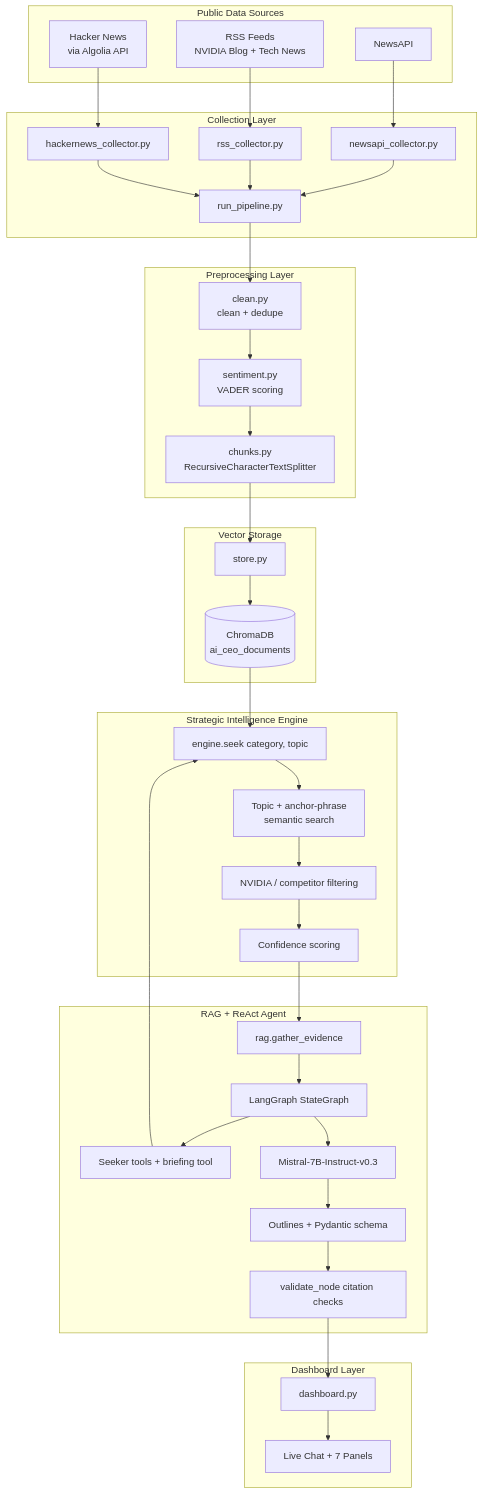
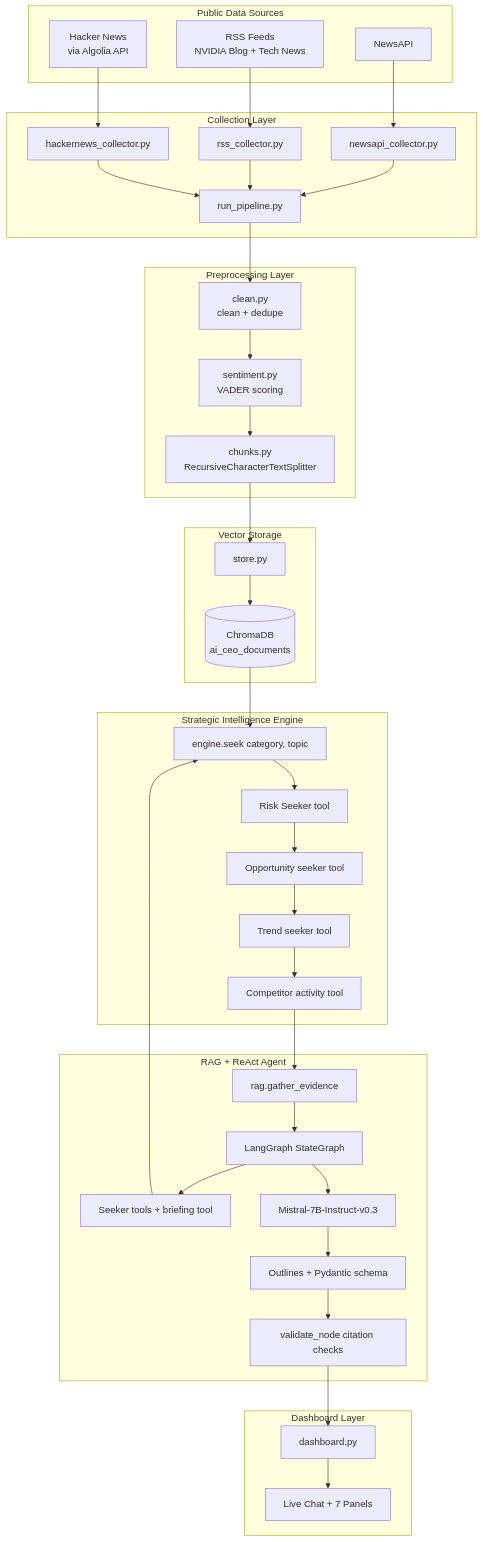
Before and after one commit to yuvrajghag5/AI-CEO: the first of 2 diagrams in .ipynb_checkpoints/README-checkpoint.md, drawn with Mermaid. The commit also changed 7 other files, not shown here.

````diff
--- a/.ipynb_checkpoints/README-checkpoint.md
+++ b/.ipynb_checkpoints/README-checkpoint.md
@@ -76,58 +76,59 @@
 ```mermaid
 flowchart TD
     subgraph S[Public Data Sources]
         S1[NewsAPI]
         S2[RSS Feeds<br/>NVIDIA Blog + Tech News]
         S3[Hacker News<br/>via Algolia API]
     end
 
     subgraph C[Collection Layer]
         C1[newsapi_collector.py]
         C2[rss_collector.py]
         C3[hackernews_collector.py]
         C4[run_pipeline.py]
     end
 
     subgraph P[Preprocessing Layer]
         P1[clean.py<br/>clean + dedupe]
         P2[sentiment.py<br/>VADER scoring]
         P3[chunks.py<br/>RecursiveCharacterTextSplitter]
     end
 
     subgraph V[Vector Storage]
         V1[store.py]
         V2[(ChromaDB<br/>ai_ceo_documents)]
     end
 
     subgraph E[Strategic Intelligence Engine]
         E1[engine.seek category, topic]
-        E2[Topic + anchor-phrase<br/>semantic search]
-        E3[NVIDIA / competitor filtering]
-        E4[Confidence scoring]
+        E2[Risk Seeker tool]
+        E3[Opportunity seeker tool]
+        E4[Trend seeker tool]
+        E5[Competitor activity tool]
     end
 
     subgraph G[RAG + ReAct Agent]
         G1[rag.gather_evidence]
         G2[LangGraph StateGraph]
         G3[Seeker tools + briefing tool]
         G4[Mistral-7B-Instruct-v0.3]
         G5[Outlines + Pydantic schema]
         G6[validate_node citation checks]
     end
 
     subgraph D[Dashboard Layer]
         D1[dashboard.py]
         D2[Live Chat + 7 Panels]
     end
 
     S1 --> C1 --> C4
     S2 --> C2 --> C4
     S3 --> C3 --> C4
     C4 --> P1 --> P2 --> P3 --> V1 --> V2
 
-    V2 --> E1 --> E2 --> E3 --> E4
-    E4 --> G1 --> G2
+    V2 --> E1 --> E2 --> E3 --> E4 --> E5
+    E5 --> G1 --> G2
     G2 --> G3 --> E1
     G2 --> G4 --> G5 --> G6
     G6 --> D1 --> D2
 ```
````
